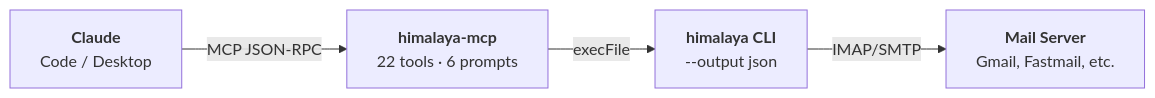
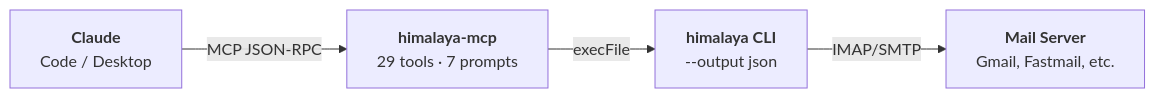
Before and after one commit to Data-Wise/himalaya-mcp: the diagram in docs/index.md, drawn with Mermaid. The commit also changed other lines of this file and 56 other files, not shown here.

````diff
--- a/docs/index.md
+++ b/docs/index.md
@@ -67,10 +67,10 @@
 ```mermaid
 flowchart LR
     A["`**Claude**
     Code / Desktop`"] -->|MCP JSON-RPC| B["`**himalaya-mcp**
-    22 tools · 6 prompts`"]
+    29 tools · 7 prompts`"]
     B -->|execFile| C["`**himalaya CLI**
     --output json`"]
     C -->|IMAP/SMTP| D["`**Mail Server**
     Gmail, Fastmail, etc.`"]
 ```
````
